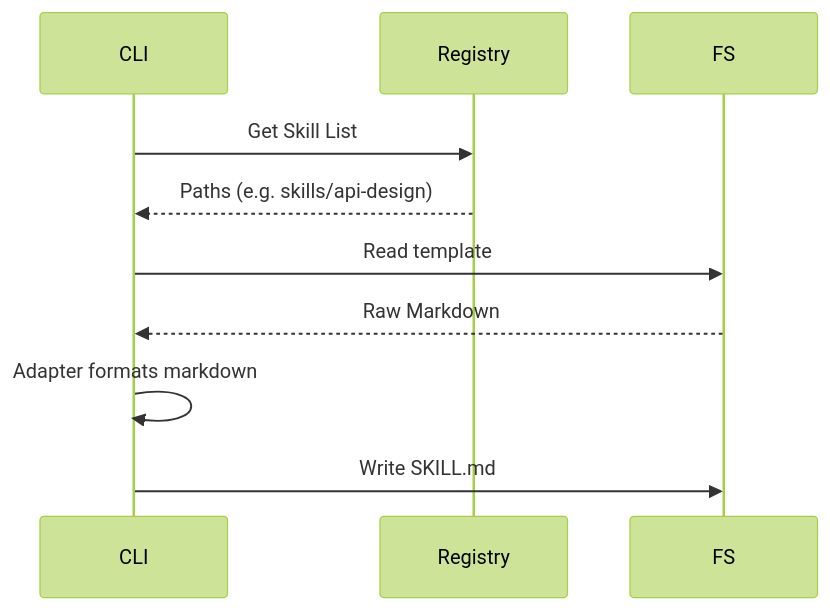
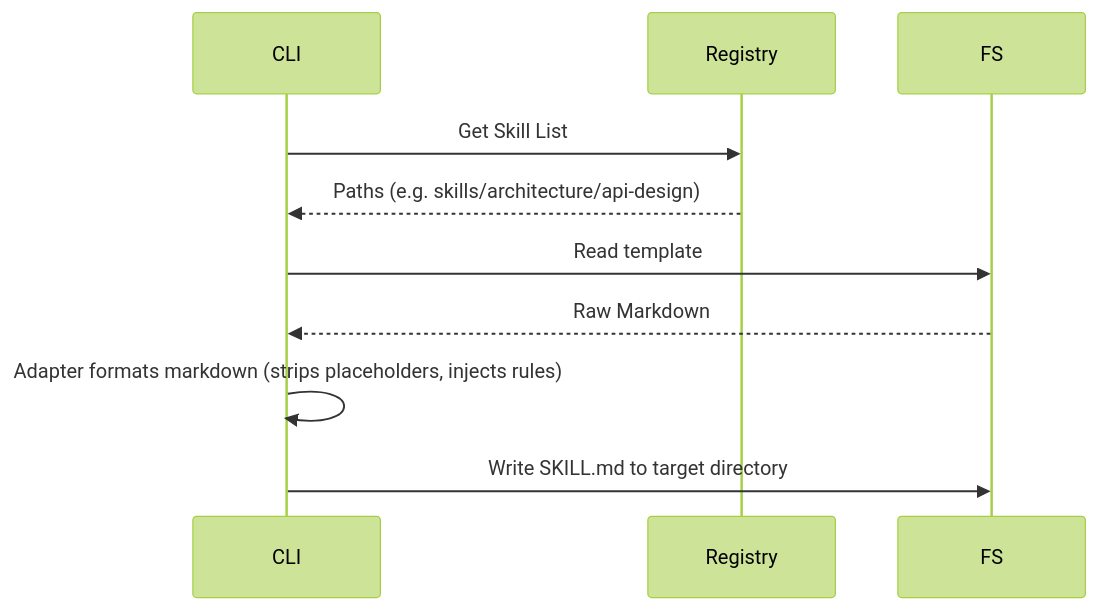
Before and after one commit to SallMarta/eye-hate-agent: the second of 2 diagrams in docs/project-docs/foundation/architecture.md, drawn with Mermaid (forest theme). The commit also changed other lines of this file and 7 other files, not shown here.

````diff
--- a/docs/project-docs/foundation/architecture.md
+++ b/docs/project-docs/foundation/architecture.md
@@ -59,12 +68,12 @@
 ```mermaid
 sequenceDiagram
     participant CLI
     participant Registry
     participant FS
     CLI->>Registry: Get Skill List
-    Registry-->>CLI: Paths (e.g. skills/api-design)
+    Registry-->>CLI: Paths (e.g. skills/architecture/api-design)
     CLI->>FS: Read template
     FS-->>CLI: Raw Markdown
-    CLI->>CLI: Adapter formats markdown
-    CLI->>FS: Write SKILL.md
+    CLI->>CLI: Adapter formats markdown (strips placeholders, injects rules)
+    CLI->>FS: Write SKILL.md to target directory
 ```
````
